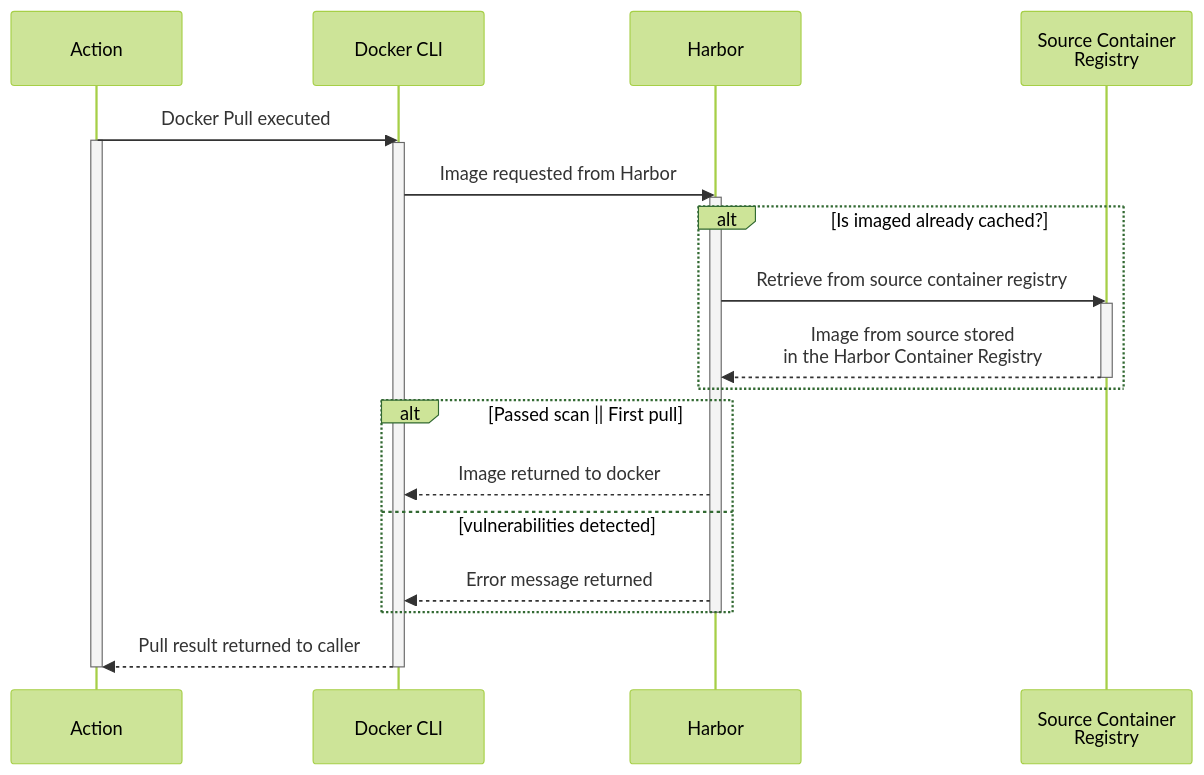
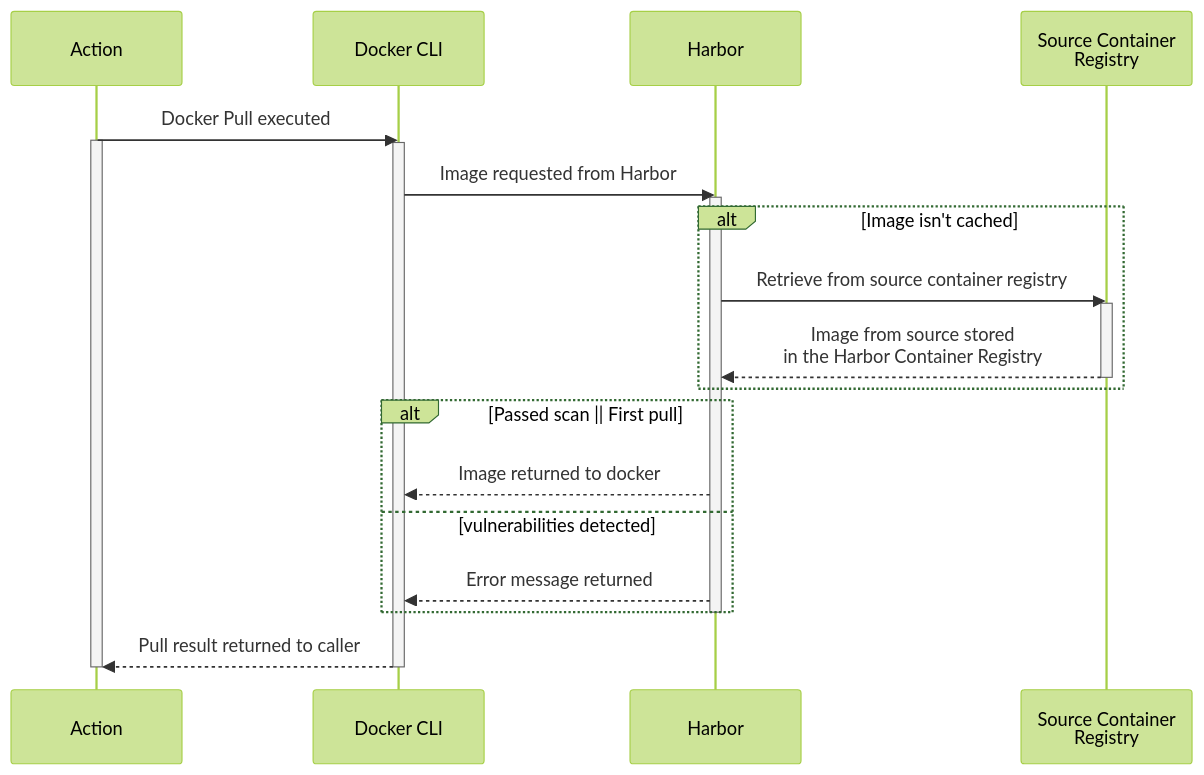
The second of 5 diagrams in spikes/harbor/harborflows.md (retaildevcrews/ngsa-asb), drawn with Mermaid (forest theme) before and after one commit.

Commit message:
corrections

````diff
--- a/spikes/harbor/harborflows.md
+++ b/spikes/harbor/harborflows.md
@@ -36,29 +36,29 @@
 ```mermaid
 sequenceDiagram
     participant action  as Action 
     participant docker  as Docker CLI
     participant harbor  as Harbor
     participant ecr     as Source Container <br> Registry
 
     action  ->> docker: Docker Pull executed
     activate action
     activate docker
     docker  ->> harbor: Image requested from Harbor
     activate harbor
-    alt Is imaged already cached?
+    alt Image isn't cached
         harbor  ->> ecr: Retrieve from source container registry
         activate ecr
         ecr    -->> harbor: Image from source stored <br> in the Harbor Container Registry
         deactivate ecr
     end
     alt Passed scan || First pull
         harbor -->> docker: Image returned to docker
     else vulnerabilities detected
         harbor -->> docker: Error message returned
     end
     deactivate harbor
     docker -->> action: Pull result returned to caller
     deactivate docker
     deactivate action
     
 ```
````
